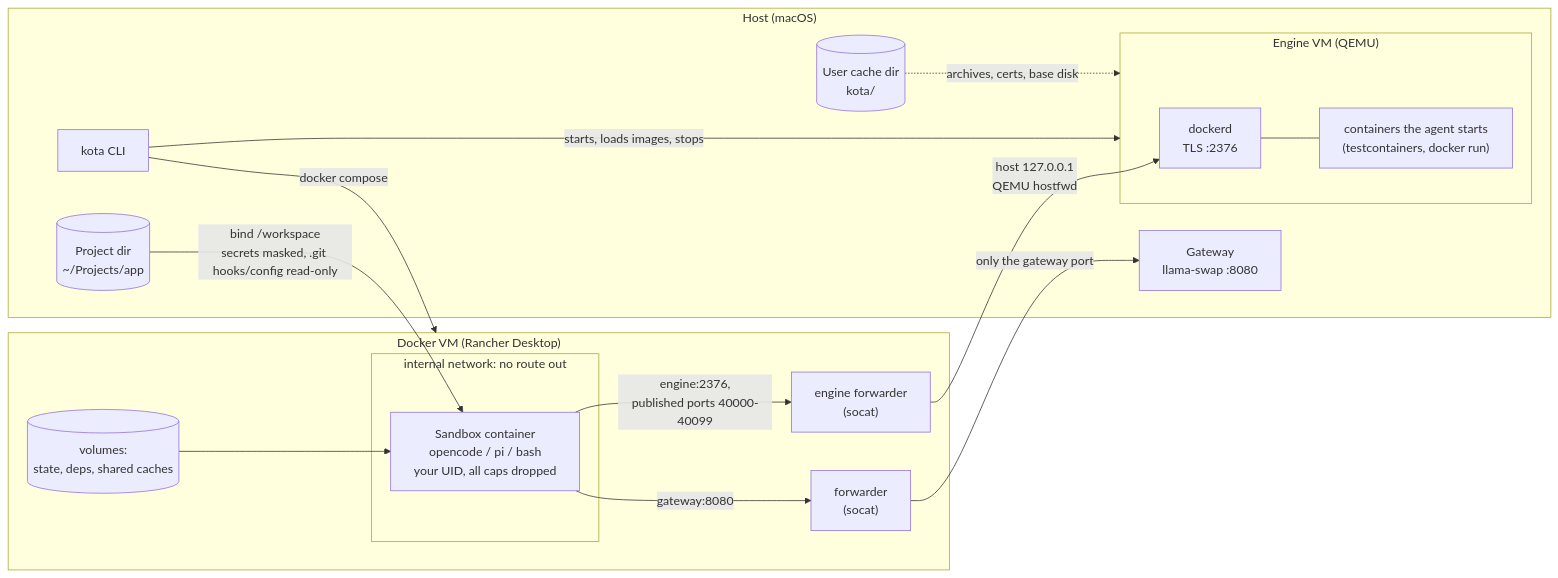
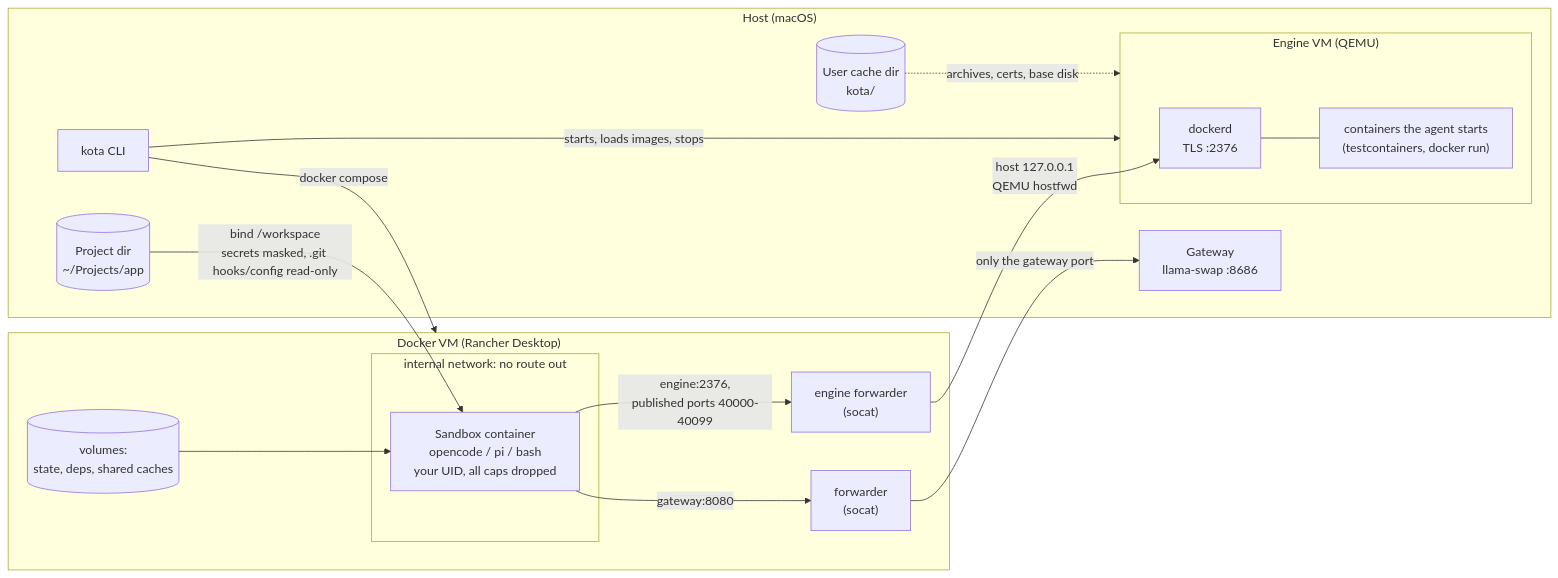
The first of 5 diagrams in docs/architecture.md (cyky/kota), drawn with Mermaid before and after one commit. The commit also changed 3 other files, not shown here.

````diff
--- a/docs/architecture.md
+++ b/docs/architecture.md
@@ -9,31 +9,31 @@
 ```mermaid
 flowchart LR
     subgraph host["Host (macOS)"]
         cli["kota CLI"]
-        gw["Gateway<br/>llama-swap :8080"]
+        gw["Gateway<br/>llama-swap :8686"]
         project[("Project dir<br/>~/Projects/app")]
         cache[("User cache dir<br/>kota/")]
         subgraph vm["Engine VM (QEMU)"]
             dockerd["dockerd<br/>TLS :2376"]
             ctrs["containers the agent starts<br/>(testcontainers, docker run)"]
         end
     end
 
     subgraph dvm["Docker VM (Rancher Desktop)"]
         subgraph internal["internal network: no route out"]
             sandbox["Sandbox container<br/>opencode / pi / bash<br/>your UID, all caps dropped"]
         end
         fwd["forwarder<br/>(socat)"]
         efwd["engine forwarder<br/>(socat)"]
         vols[("volumes:<br/>state, deps, shared caches")]
     end
 
     sandbox -- "gateway:8080" --> fwd -- "only the gateway port" --> gw
     sandbox -- "engine:2376,<br/>published ports 40000-40099" --> efwd -- "host 127.0.0.1<br/>QEMU hostfwd" --> dockerd
     dockerd --- ctrs
     project -- "bind /workspace<br/>secrets masked, .git hooks/config read-only" --> sandbox
     vols --> sandbox
     cli -- "docker compose" --> dvm
     cli -- "starts, loads images, stops" --> vm
     cache -. "archives, certs, base disk" .-> vm
 ```
````
